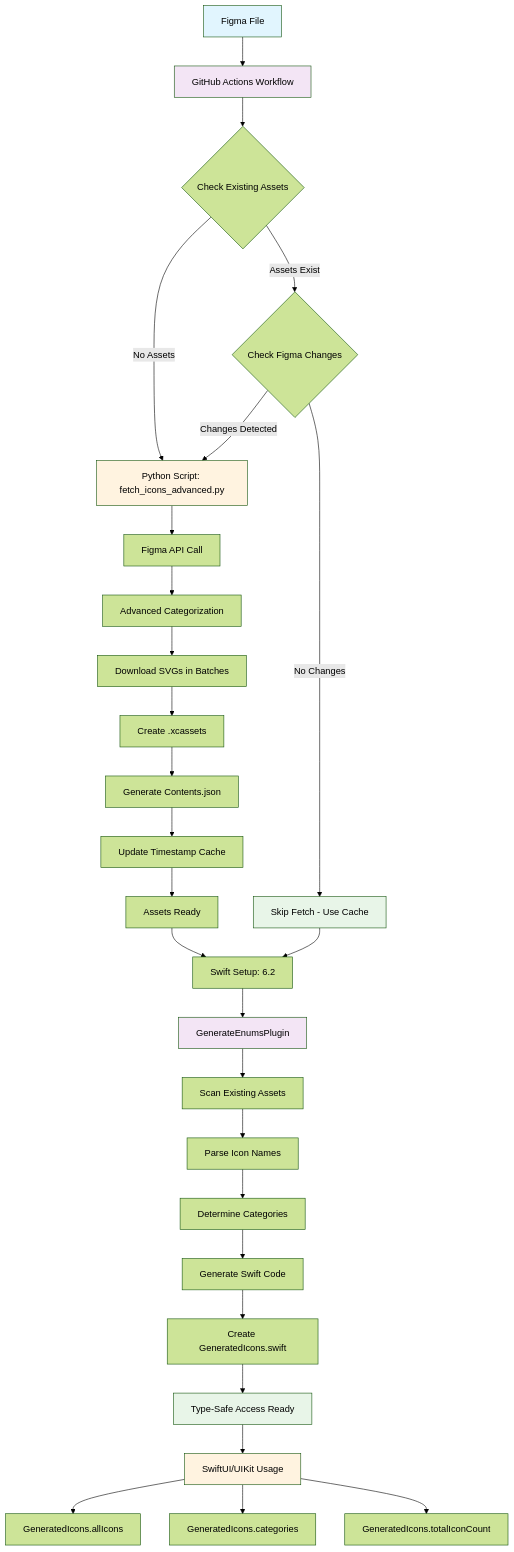
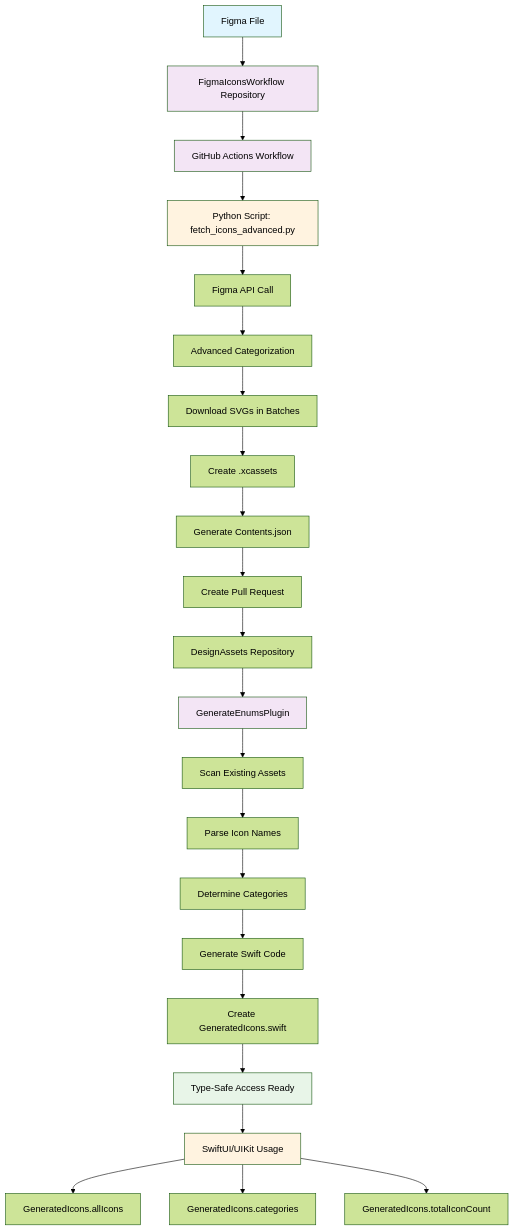
Before and after one commit to babladiabhishek/DesignAssets: the diagram in README.md, drawn with Mermaid (forest theme). The commit also changed other lines of this file and 1570 other files, not shown here.

````diff
--- a/README.md
+++ b/README.md
@@ -25,41 +19,34 @@
 ```mermaid
 graph TD
-    A[Figma File] --> B[GitHub Actions Workflow]
-    B --> C{Check Existing Assets}
-    C -->|Assets Exist| D{Check Figma Changes}
-    C -->|No Assets| E[Python Script: fetch_icons_advanced.py]
-    D -->|No Changes| F[Skip Fetch - Use Cache]
-    D -->|Changes Detected| E
+    A[Figma File] --> B[FigmaIconsWorkflow Repository]
+    B --> C[GitHub Actions Workflow]
+    C --> D[Python Script: fetch_icons_advanced.py]
+    D --> E[Figma API Call]
+    E --> F[Advanced Categorization]
+    F --> G[Download SVGs in Batches]
+    G --> H[Create .xcassets]
+    H --> I[Generate Contents.json]
+    I --> J[Create Pull Request]
+    J --> K[DesignAssets Repository]
     
-    E --> G[Figma API Call]
-    G --> H[Advanced Categorization]
-    H --> I[Download SVGs in Batches]
-    I --> J[Create .xcassets]
-    J --> K[Generate Contents.json]
-    K --> L[Update Timestamp Cache]
-    L --> M[Assets Ready]
+    K --> L[GenerateEnumsPlugin]
+    L --> M[Scan Existing Assets]
+    M --> N[Parse Icon Names]
+    N --> O[Determine Categories]
+    O --> P[Generate Swift Code]
+    P --> Q[Create GeneratedIcons.swift]
+    Q --> R[Type-Safe Access Ready]
     
-    M --> N[Swift Setup: 6.2]
-    N --> O[GenerateEnumsPlugin]
-    O --> P[Scan Existing Assets]
-    P --> Q[Parse Icon Names]
-    Q --> R[Determine Categories]
-    R --> S[Generate Swift Code]
-    S --> T[Create GeneratedIcons.swift]
-    T --> U[Type-Safe Access Ready]
-    
-    U --> V[SwiftUI/UIKit Usage]
-    V --> W[GeneratedIcons.allIcons]
-    V --> X[GeneratedIcons.categories]
-    V --> Y[GeneratedIcons.totalIconCount]
-    
-    F --> N
+    R --> S[SwiftUI/UIKit Usage]
+    S --> T[GeneratedIcons.allIcons]
+    S --> U[GeneratedIcons.categories]
+    S --> V[GeneratedIcons.totalIconCount]
     
     style A fill:#e1f5fe
     style B fill:#f3e5f5
-    style E fill:#fff3e0
-    style O fill:#f3e5f5
-    style U fill:#e8f5e8
-    style V fill:#fff3e0
-    style F fill:#e8f5e8
+    style C fill:#f3e5f5
+    style D fill:#fff3e0
+    style L fill:#f3e5f5
+    style R fill:#e8f5e8
+    style S fill:#fff3e0
 ```
````
